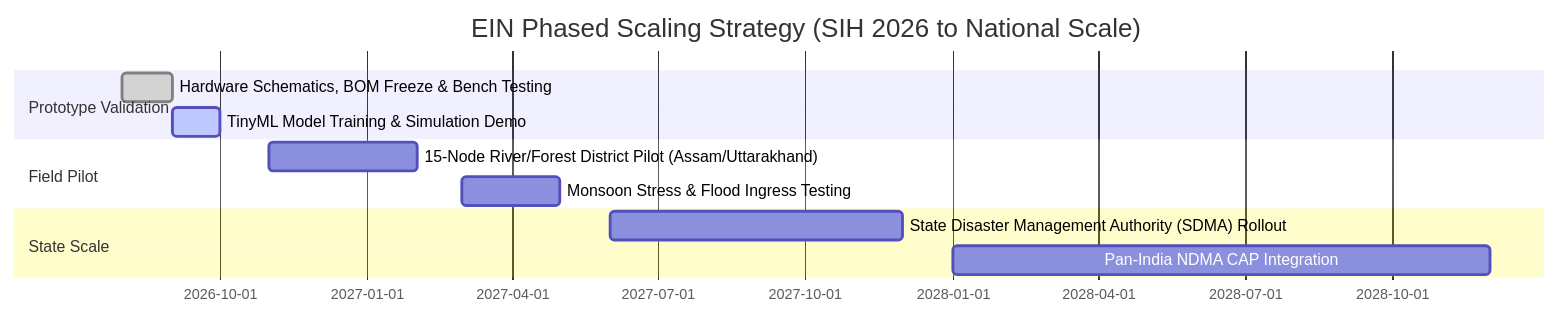
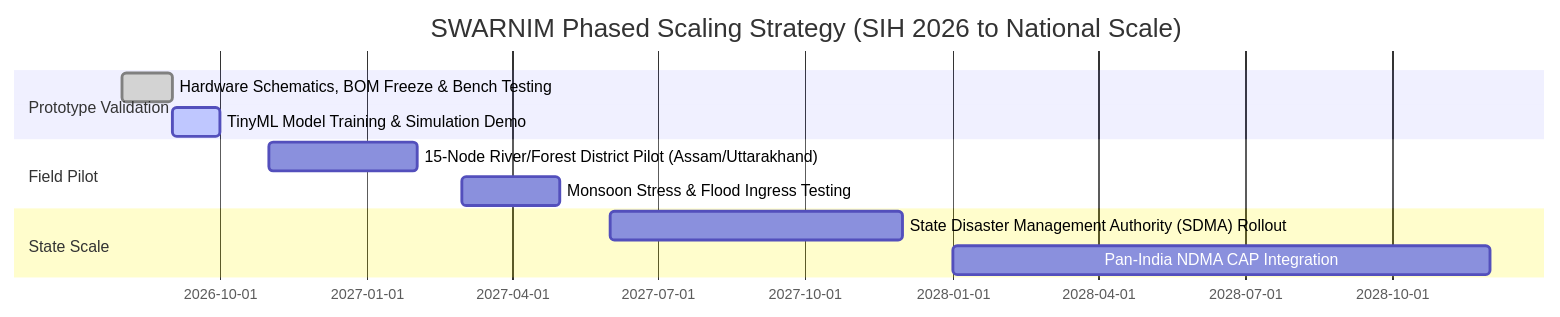
One commit to AnkitPandit120/SIH_Swarnim changed the second of 2 diagrams in README.md. Above: the diagram before and after it, drawn with Mermaid. The commit also changed other lines of this file and 2 other files, not shown here.

````diff
--- a/README.md
+++ b/README.md
@@ -287,14 +440,14 @@
 ```mermaid
 gantt
-    title EIN Phased Scaling Strategy (SIH 2026 to National Scale)
+    title SWARNIM Phased Scaling Strategy (SIH 2026 to National Scale)
     dateFormat  YYYY-MM
     section Prototype Validation
     Hardware Schematics, BOM Freeze & Bench Testing :done, 2026-08, 2026-09
     TinyML Model Training & Simulation Demo         :active, 2026-09, 2026-10
     section Field Pilot
     15-Node River/Forest District Pilot (Assam/Uttarakhand) :2026-11, 2027-02
     Monsoon Stress & Flood Ingress Testing          :2027-03, 2027-05
     section State Scale
     State Disaster Management Authority (SDMA) Rollout :2027-06, 2027-12
     Pan-India NDMA CAP Integration                  :2028-01, 2028-12
 ```
````
